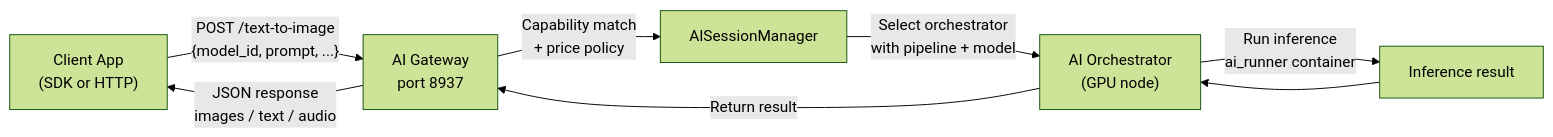
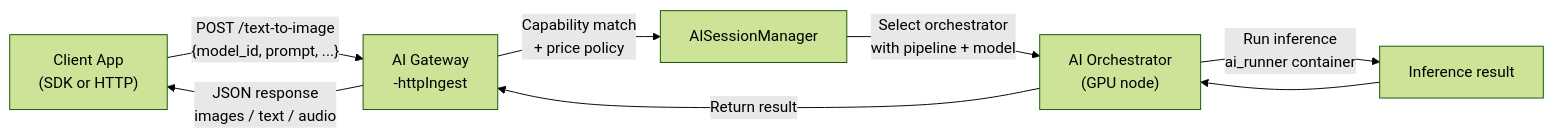
One commit to sidestream-tech/livepeer-docs changed the diagram in v2/gateways/guides/node-pipelines/ai-pipelines.mdx. Above: the diagram before and after it, drawn with Mermaid (forest theme). The commit also changed other lines of this file and 13 other files, not shown here.

````diff
--- a/v2/gateways/guides/node-pipelines/ai-pipelines.mdx
+++ b/v2/gateways/guides/node-pipelines/ai-pipelines.mdx
@@ -66,10 +70,10 @@
 ```mermaid
 flowchart LR
-    CLIENT["Client App\n(SDK or HTTP)"] -->|"POST /text-to-image\n{model_id, prompt, ...}"| GW["AI Gateway\nport 8937"]
+    CLIENT["Client App\n(SDK or HTTP)"] -->|"POST /text-to-image\n{model_id, prompt, ...}"| GW["AI Gateway\n-httpIngest"]
     GW -->|"Capability match\n+ price policy"| ASM["AISessionManager"]
     ASM -->|"Select orchestrator\nwith pipeline + model"| ORCH["AI Orchestrator\n(GPU node)"]
     ORCH -->|"Run inference\nai_runner container"| RESULT["Inference result"]
     RESULT --> ORCH
     ORCH -->|"Return result"| GW
     GW -->|"JSON response\nimages / text / audio"| CLIENT
 ```
````
